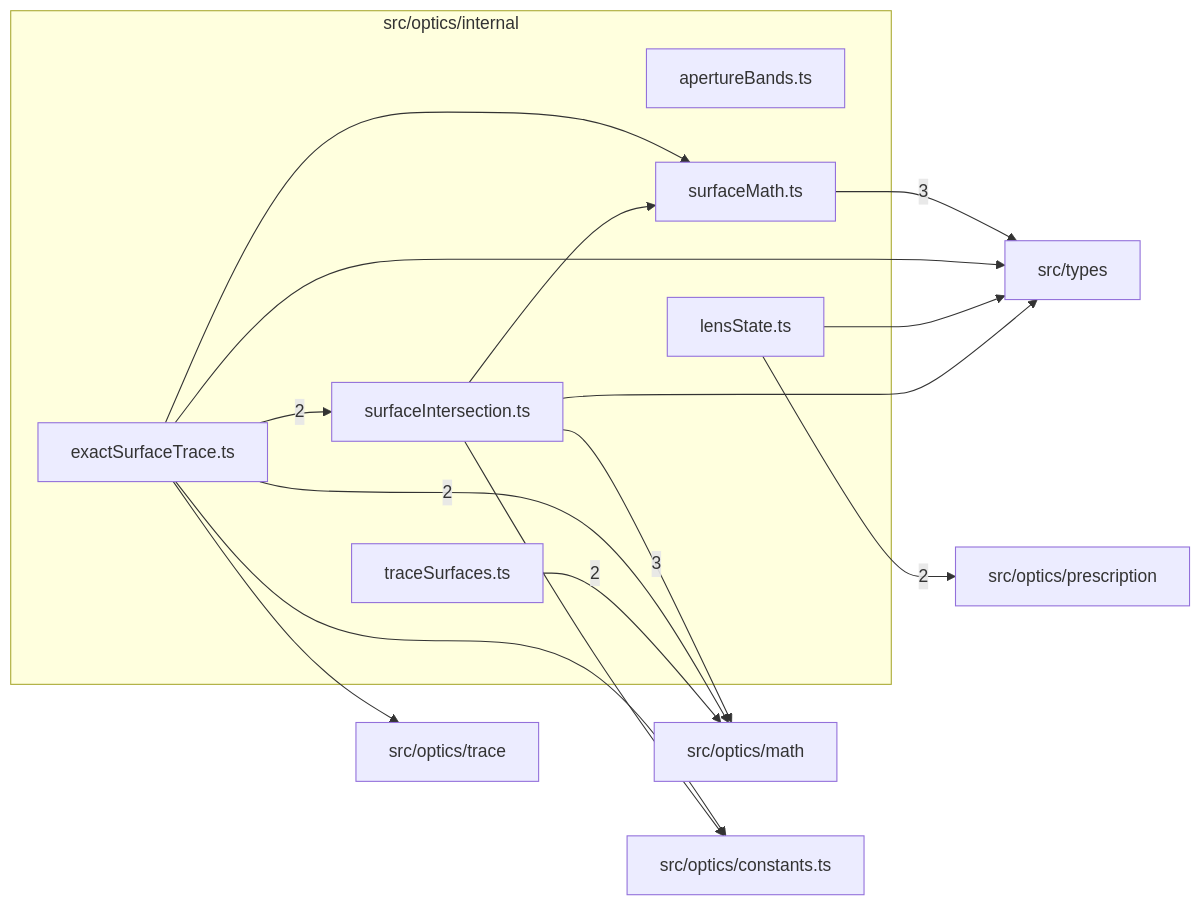
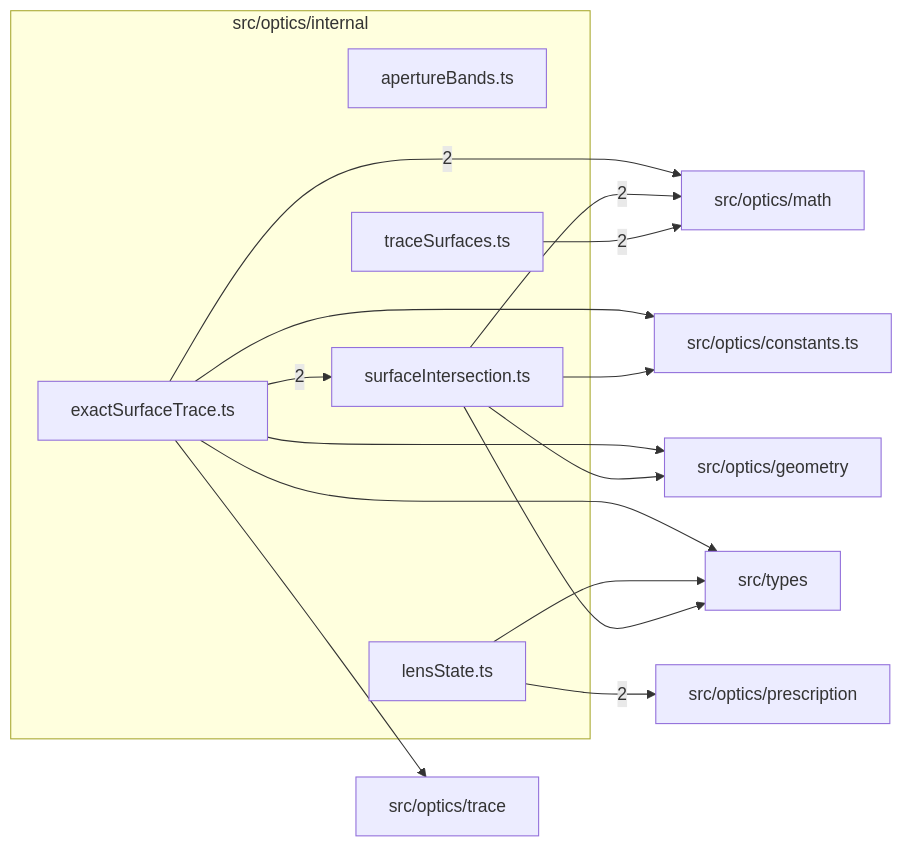
The diagram in src/optics/internal/readme.md (BeamFour/LensVisualizer), drawn with Mermaid before and after one commit. The commit also changed other lines of this file and 54 other files, not shown here.

Commit message:
S3.P1.T1 One surface-geometry module (#786)

````diff
--- a/src/optics/internal/readme.md
+++ b/src/optics/internal/readme.md
@@ -9,30 +9,29 @@
 ```mermaid
 flowchart LR
   subgraph n_src_optics_internal["src/optics/internal"]
     n_src_optics_internal_src_optics_internal_apertureBands_ts["apertureBands.ts"]
     n_src_optics_internal_src_optics_internal_exactSurfaceTrace_ts["exactSurfaceTrace.ts"]
     n_src_optics_internal_src_optics_internal_lensState_ts["lensState.ts"]
     n_src_optics_internal_src_optics_internal_surfaceIntersection_ts["surfaceIntersection.ts"]
-    n_src_optics_internal_src_optics_internal_surfaceMath_ts["surfaceMath.ts"]
     n_src_optics_internal_src_optics_internal_traceSurfaces_ts["traceSurfaces.ts"]
   end
   n_external_src_optics_math["src/optics/math"]
-  n_external_src_types["src/types"]
   n_external_src_optics_prescription["src/optics/prescription"]
   n_external_src_optics_constants_ts["src/optics/constants.ts"]
+  n_external_src_optics_geometry["src/optics/geometry"]
   n_external_src_optics_trace["src/optics/trace"]
-  n_src_optics_internal_src_optics_internal_surfaceIntersection_ts --> |3| n_external_src_optics_math
-  n_src_optics_internal_src_optics_internal_surfaceMath_ts --> |3| n_external_src_types
+  n_external_src_types["src/types"]
   n_src_optics_internal_src_optics_internal_exactSurfaceTrace_ts --> |2| n_external_src_optics_math
+  n_src_optics_internal_src_optics_internal_surfaceIntersection_ts --> |2| n_external_src_optics_math
   n_src_optics_internal_src_optics_internal_traceSurfaces_ts --> |2| n_external_src_optics_math
   n_src_optics_internal_src_optics_internal_lensState_ts --> |2| n_external_src_optics_prescription
   n_src_optics_internal_src_optics_internal_exactSurfaceTrace_ts --> |2| n_src_optics_internal_src_optics_internal_surfaceIntersection_ts
   n_src_optics_internal_src_optics_internal_exactSurfaceTrace_ts --> n_external_src_optics_constants_ts
   n_src_optics_internal_src_optics_internal_surfaceIntersection_ts --> n_external_src_optics_constants_ts
+  n_src_optics_internal_src_optics_internal_exactSurfaceTrace_ts --> n_external_src_optics_geometry
+  n_src_optics_internal_src_optics_internal_surfaceIntersection_ts --> n_external_src_optics_geometry
   n_src_optics_internal_src_optics_internal_exactSurfaceTrace_ts --> n_external_src_optics_trace
   n_src_optics_internal_src_optics_internal_exactSurfaceTrace_ts --> n_external_src_types
   n_src_optics_internal_src_optics_internal_lensState_ts --> n_external_src_types
   n_src_optics_internal_src_optics_internal_surfaceIntersection_ts --> n_external_src_types
-  n_src_optics_internal_src_optics_internal_exactSurfaceTrace_ts --> n_src_optics_internal_src_optics_internal_surfaceMath_ts
-  n_src_optics_internal_src_optics_internal_surfaceIntersection_ts --> n_src_optics_internal_src_optics_internal_surfaceMath_ts
 ```
````
